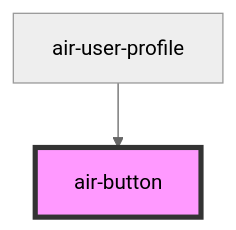
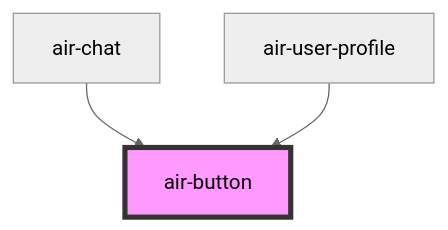
The diagram in src/components/button/readme.md (openwebstudio/AirUI), drawn with Mermaid (neutral theme) before and after one commit. The commit also changed other lines of this file and 27 other files, not shown here.

First line of the commit message:
feat:add previwer and fix button  fix previewer add tag ratingStar and chat and fix some bugs for button and input (#23)

````diff
--- a/src/components/button/readme.md
+++ b/src/components/button/readme.md
@@ -35,5 +37,6 @@
 ```mermaid
 graph TD;
+  air-chat --> air-button
   air-user-profile --> air-button
   style air-button fill:#f9f,stroke:#333,stroke-width:4px
 ```
````
